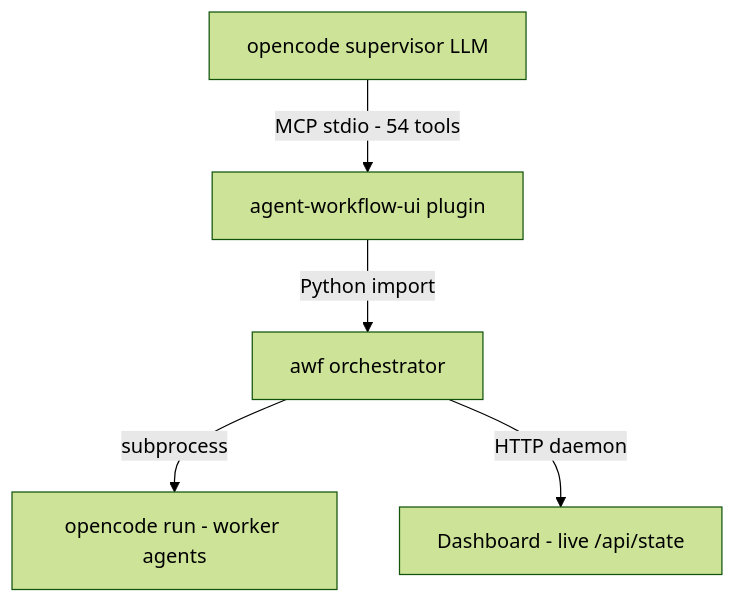
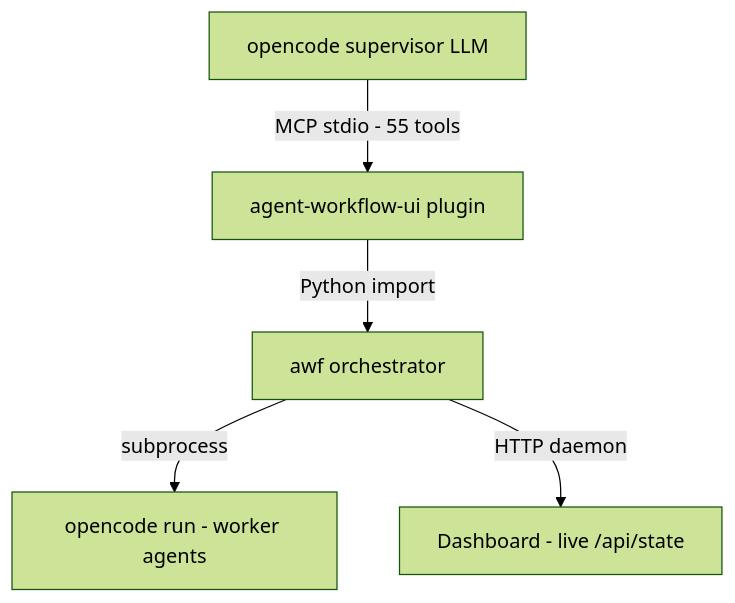
The second of 2 diagrams in README.md (EnerJizeIT/agentic-workflow), drawn with Mermaid (forest theme) before and after one commit. The commit also changed other lines of this file and 32 other files, not shown here.

First line of the commit message:
awf(verify): TODO-0229 — M5: source_ref в диспатче + стандартная схема …

````diff
--- a/README.md
+++ b/README.md
@@ -91,7 +91,7 @@
 ```mermaid
 graph TD
-    A[opencode supervisor LLM] -->|MCP stdio - 54 tools| B[agent-workflow-ui plugin]
+    A[opencode supervisor LLM] -->|MCP stdio - 55 tools| B[agent-workflow-ui plugin]
     B -->|Python import| C[awf orchestrator]
     C -->|subprocess| D[opencode run - worker agents]
     C -->|HTTP daemon| E[Dashboard - live /api/state]
 ```
````
